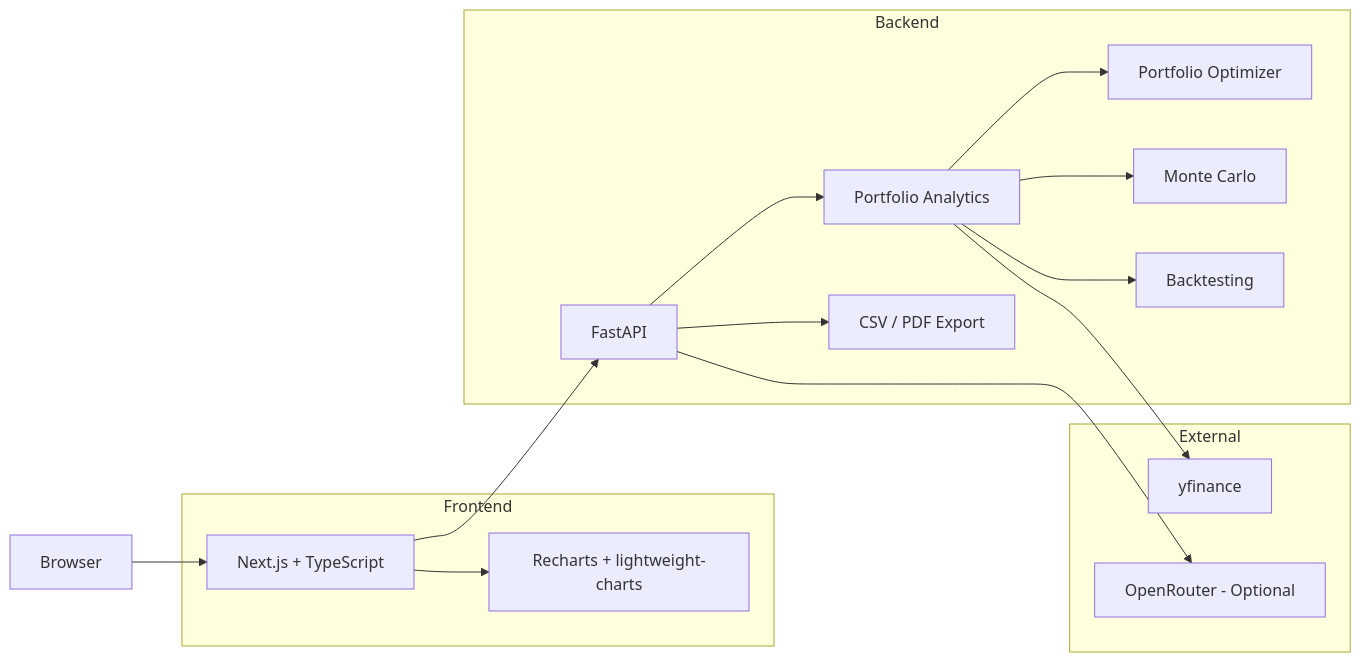
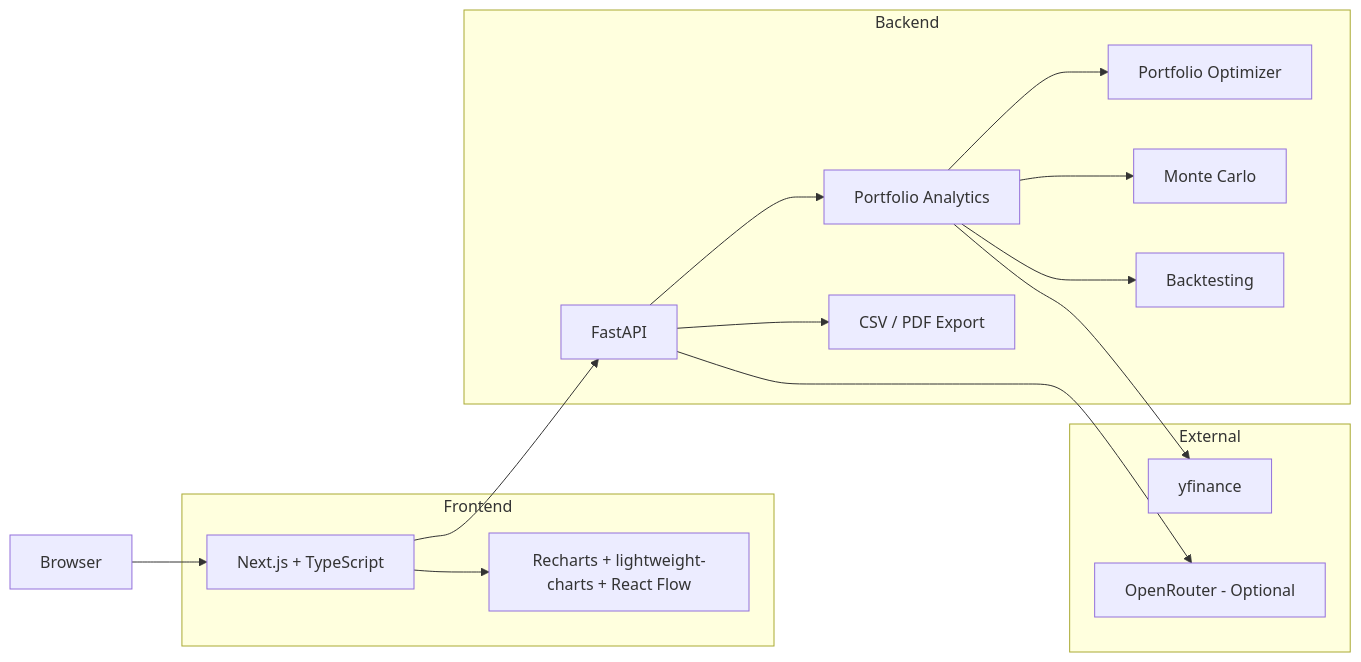
Before and after one commit to ahnafh26/PortfolioLens: the diagram in README.md, drawn with Mermaid. The commit also changed other lines of this file and 2 other files, not shown here.

````diff
--- a/README.md
+++ b/README.md
@@ -28,35 +29,35 @@
 ```mermaid
 flowchart LR
     User[Browser]
 
     subgraph Frontend
         Next[Next.js + TypeScript]
-        Charts[Recharts + lightweight-charts]
+        Charts[Recharts + lightweight-charts + React Flow]
     end
 
     subgraph Backend
         API[FastAPI]
         Analytics[Portfolio Analytics]
         Optimizer[Portfolio Optimizer]
         MC[Monte Carlo]
         Backtest[Backtesting]
         Export[CSV / PDF Export]
     end
 
     subgraph External
         Market[yfinance]
         LLM[OpenRouter - Optional]
     end
 
     User --> Next
     Next --> Charts
     Next --> API
 
     API --> Analytics
     Analytics --> Market
     Analytics --> Optimizer
     Analytics --> MC
     Analytics --> Backtest
     API --> Export
     API --> LLM
 ```
````
